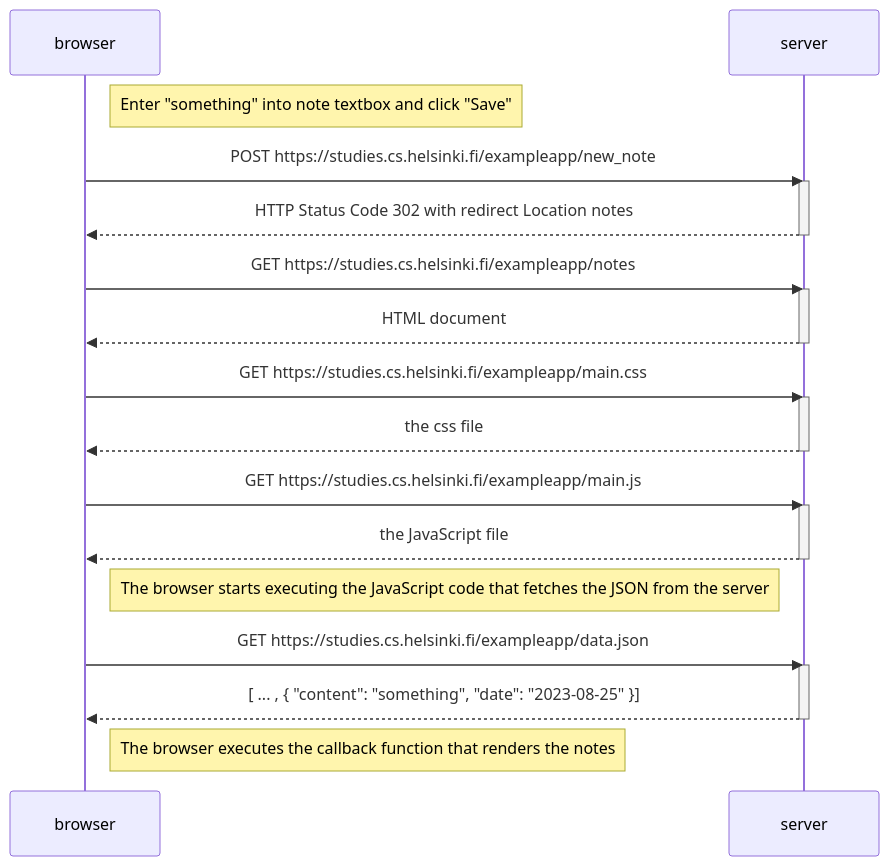
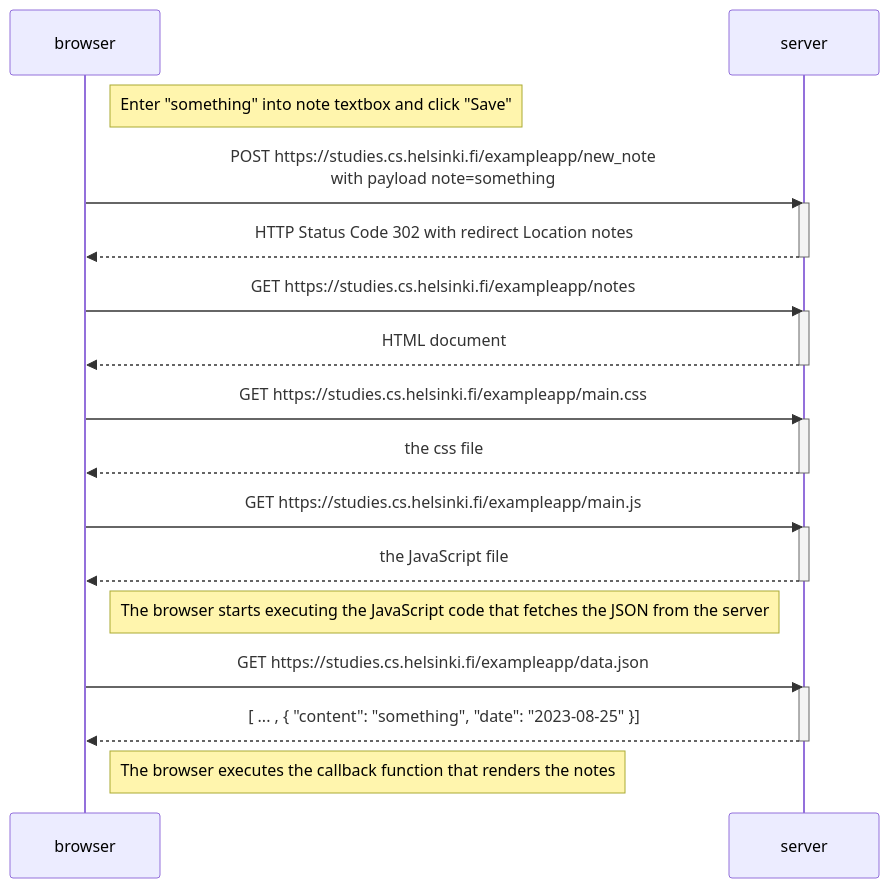
Before and after one commit to dtchoi/fullstack: the diagram in part0/part0exercise4.md, drawn with Mermaid.

````diff
--- a/part0/part0exercise4.md
+++ b/part0/part0exercise4.md
@@ -1,36 +1,36 @@
 ```mermaid
 sequenceDiagram
     participant browser
     participant server
 
     Note right of browser: Enter "something" into note textbox and click "Save"
 
- browser->>server: POST https://studies.cs.helsinki.fi/exampleapp/new_note
+ browser->>server: POST https://studies.cs.helsinki.fi/exampleapp/new_note<br/>with payload note=something
     activate server
     server-->>browser: HTTP Status Code 302 with redirect Location notes
     deactivate server
 
     browser->>server: GET https://studies.cs.helsinki.fi/exampleapp/notes
     activate server
     server-->>browser: HTML document
     deactivate server
 
     browser->>server: GET https://studies.cs.helsinki.fi/exampleapp/main.css
     activate server
     server-->>browser: the css file
     deactivate server
 
     browser->>server: GET https://studies.cs.helsinki.fi/exampleapp/main.js
     activate server
     server-->>browser: the JavaScript file
     deactivate server
 
     Note right of browser: The browser starts executing the JavaScript code that fetches the JSON from the server
 
     browser->>server: GET https://studies.cs.helsinki.fi/exampleapp/data.json
     activate server
     server-->>browser: [ ... , { "content": "something", "date": "2023-08-25" }]
     deactivate server
 
     Note right of browser: The browser executes the callback function that renders the notes
 ```
````
